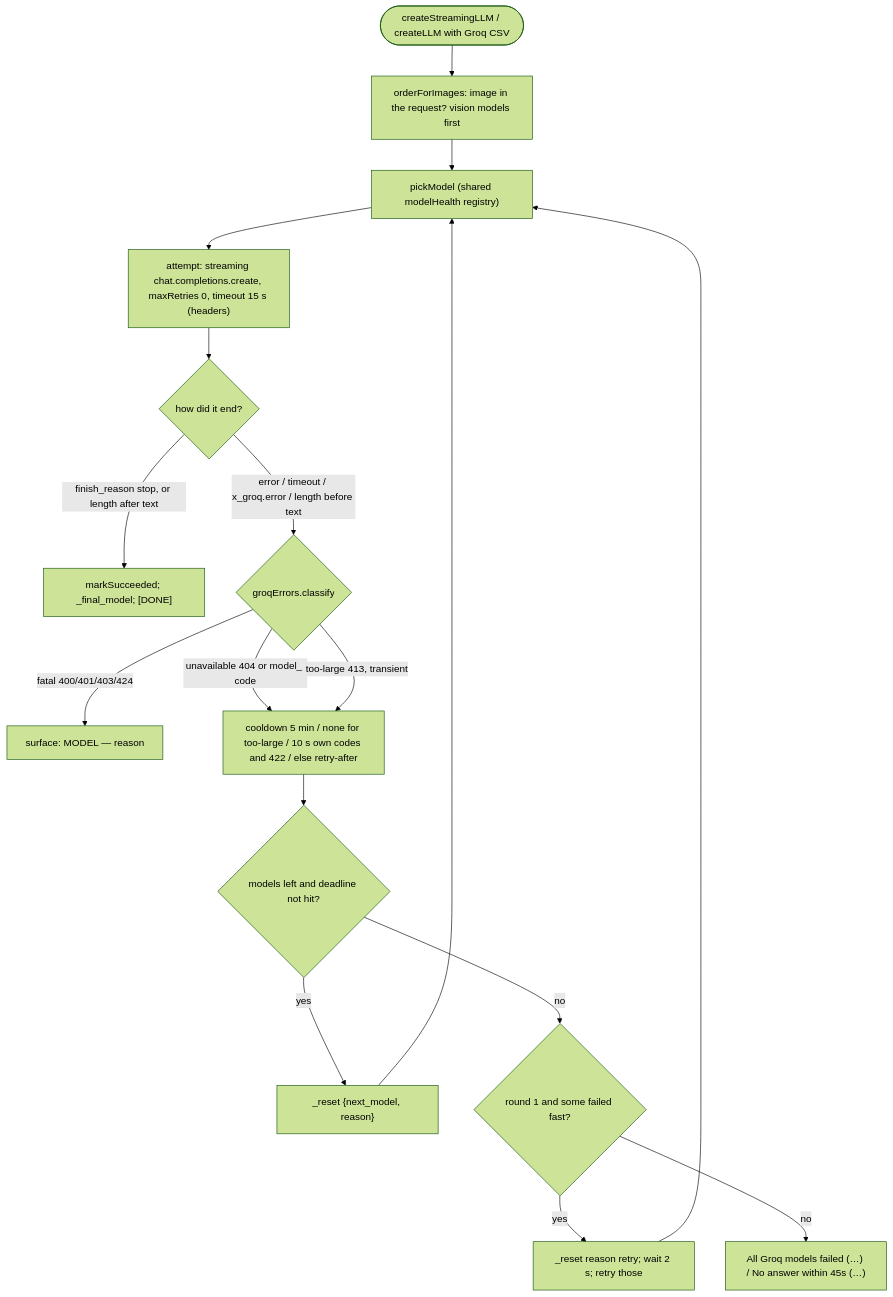
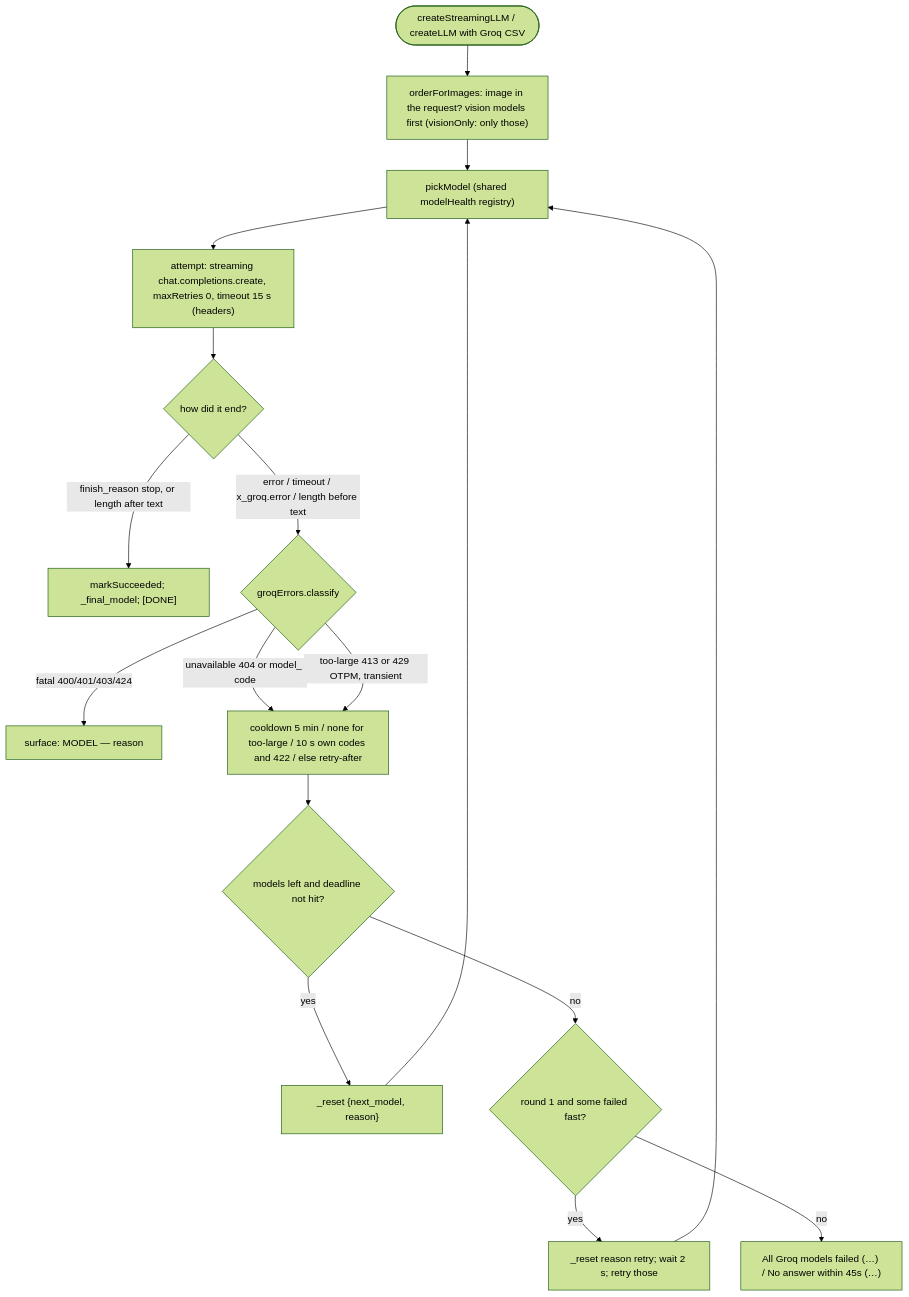
Diagram 13 of 16 in ARCHITECTURE.md (tas88-sys/glass), drawn with Mermaid (forest theme) before and after one commit. The commit also changed other lines of this file and 27 other files, not shown here.

````diff
--- a/ARCHITECTURE.md
+++ b/ARCHITECTURE.md
@@ -848,17 +848,17 @@
 ```mermaid
 flowchart TB
-    start(["createStreamingLLM / createLLM with Groq CSV"]) --> order["orderForImages: image in the request? vision models first"]
+    start(["createStreamingLLM / createLLM with Groq CSV"]) --> order["orderForImages: image in the request? vision models first (visionOnly: only those)"]
     order --> pick["pickModel (shared modelHealth registry)"]
     pick --> attempt["attempt: streaming chat.completions.create, maxRetries 0, timeout 15 s (headers)"]
     attempt --> ok{"how did it end?"}
     ok -->|"finish_reason stop, or length after text"| done["markSucceeded; _final_model; [DONE]"]
     ok -->|"error / timeout / x_groq.error / length before text"| kind{"groqErrors.classify"}
     kind -->|"fatal 400/401/403/424"| fatal["surface: MODEL — reason"]
     kind -->|"unavailable 404 or model_ code"| next["cooldown 5 min / none for too-large / 10 s own codes and 422 / else retry-after"]
-    kind -->|"too-large 413, transient"| next
+    kind -->|"too-large 413 or 429 OTPM, transient"| next
     next --> more{"models left and deadline not hit?"}
     more -->|yes| reset["_reset {next_model, reason}"] --> pick
     more -->|no| round{"round 1 and some failed fast?"}
     round -->|yes| retry["_reset reason retry; wait 2 s; retry those"] --> pick
     round -->|no| allfail["All Groq models failed (…) / No answer within 45s (…)"]
 ```
````
